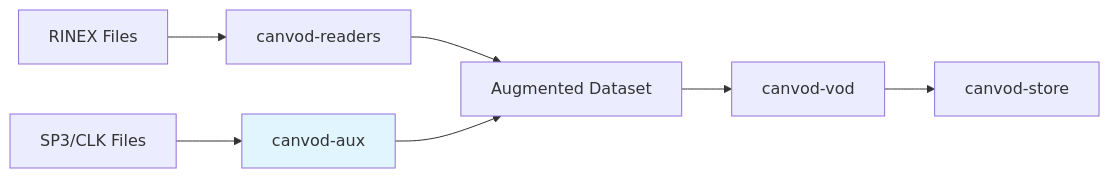
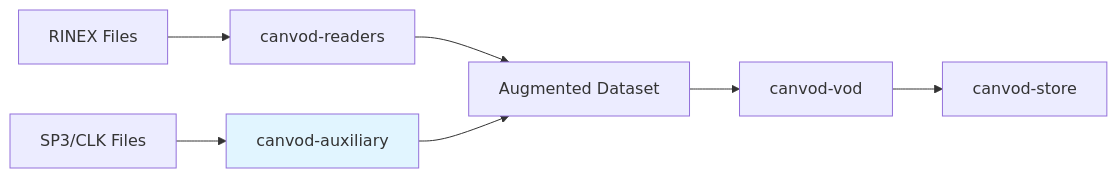
Before and after one commit to mfkiwl/canvodpy: the first of 2 diagrams in packages/canvod-auxiliary/docs/source/index.md, drawn with Mermaid. The commit also changed other lines of this file and 107 other files, not shown here.

First line of the commit message:
refactor: update all imports and references to canvod.auxiliary

````diff
--- a/packages/canvod-auxiliary/docs/source/index.md
+++ b/packages/canvod-auxiliary/docs/source/index.md
@@ -68,11 +68,11 @@
 ```{mermaid}
 graph LR
     A[RINEX Files] --> B[canvod-readers]
-    C[SP3/CLK Files] --> D[canvod-aux]
+    C[SP3/CLK Files] --> D[canvod-auxiliary]
     B --> E[Augmented Dataset]
     D --> E
     E --> F[canvod-vod]
     F --> G[canvod-store]
     
     style D fill:#e1f5ff
 ```
````
